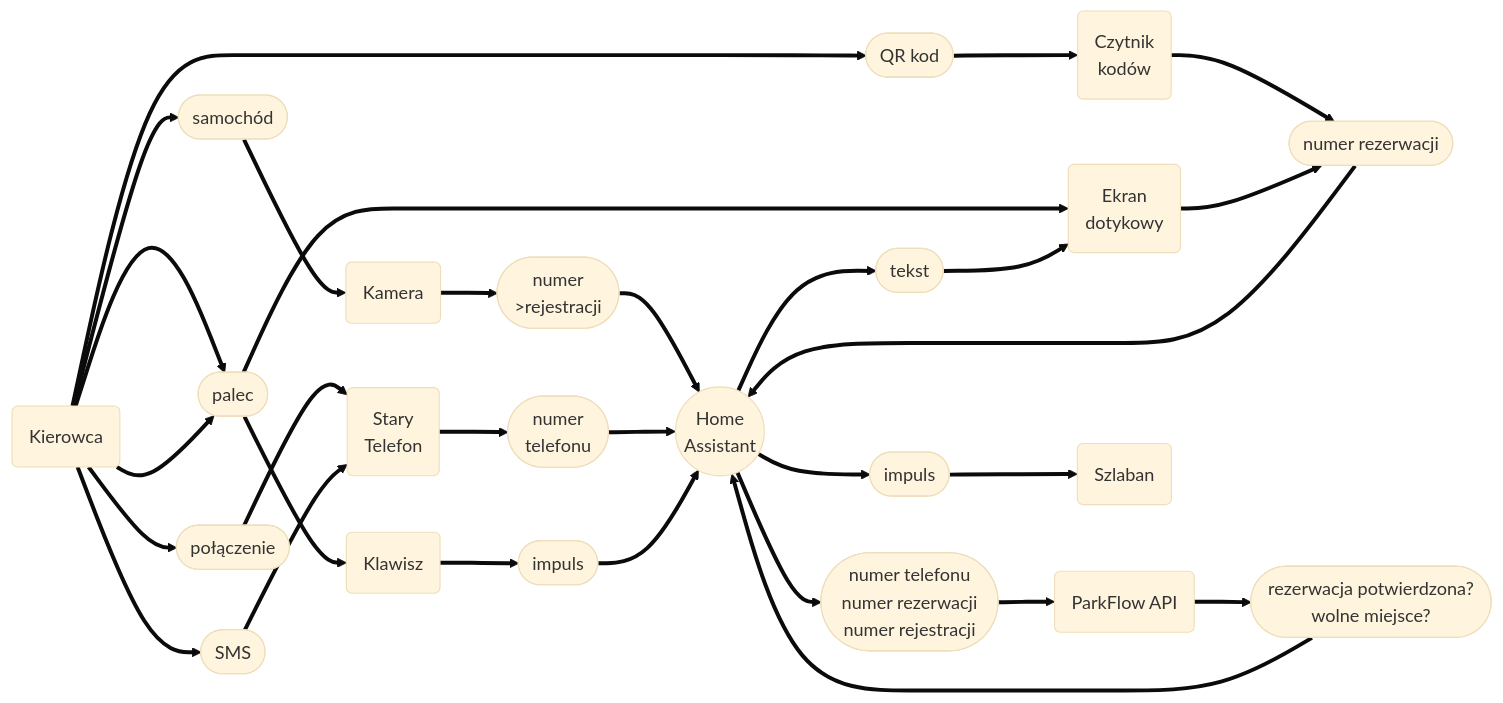
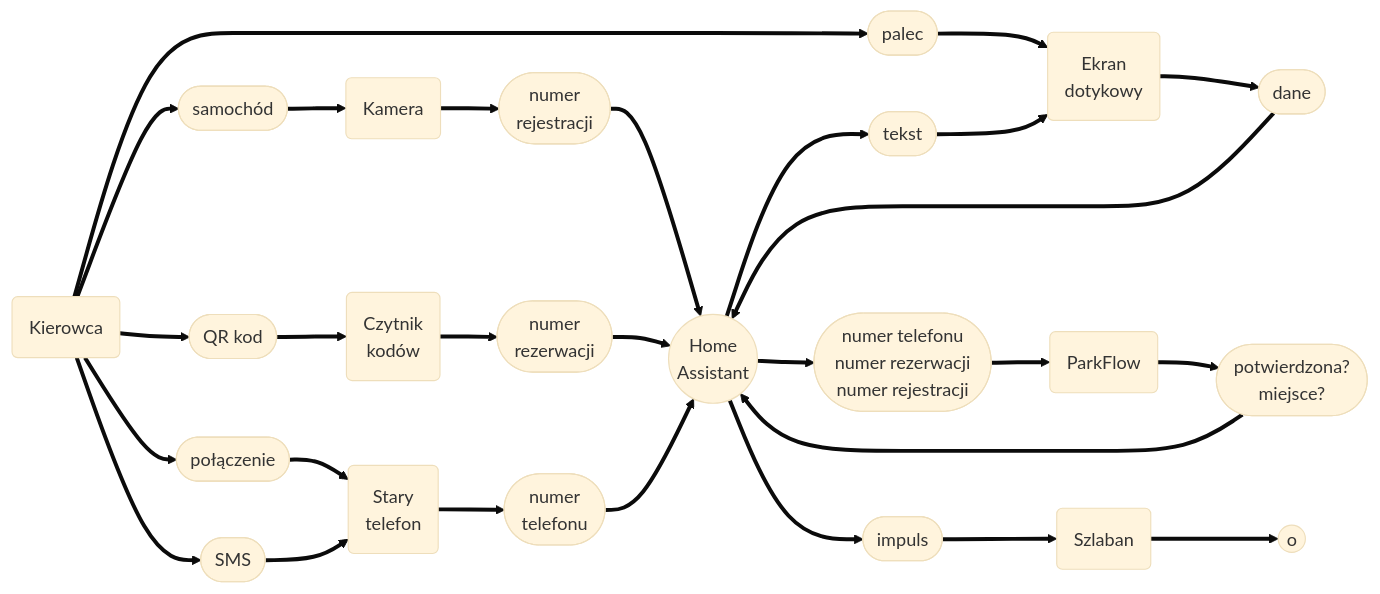
The first of 2 diagrams in README.md (gaman-pl/park-pal), drawn with Mermaid (base theme) before and after one commit. The commit also changed other lines of this file, not shown here.

````diff
--- a/README.md
+++ b/README.md
@@ -19,18 +19,21 @@
 ```mermaid
 flowchart LR
     actor(Kierowca) ==> eCar([samochód]) ==> iCam(Kamera)
+    iCam ==> ePlate([numer<br />rejestracji]) ==> HA((Home<br />Assistant))
+    
     actor ==> eCode([QR kod]) ==> iQR(Czytnik<br />kodów)
+    iQR ==> eID([numer<br />rezerwacji]) ==> HA
+    
     actor ==> eFinger([palec]) ==> iTS(Ekran<br />dotykowy)
-    actor ==> eFinger ==> iBP(Klawisz)
-    actor ==> ePhone([połączenie]) ==> iPH(Komórka)
-    actor ==> eMess([SMS]) ==> iPH(Stary<br />Telefon)
-    iCam ==> ePlate([numer<br />>rejestracji]) ==> HA((Home<br />Assistant))
-    iQR ==> eID([numer rezerwacji]) ==> HA
-    iTS ==> eID
     HA ==> eReq([tekst]) ==> iTS
+    iTS ==> eText([dane]) ==> HA
+    
+    actor ==> ePhone([połączenie]) ==> iPH(Stary<br />telefon)
+    actor ==> eMess([SMS]) ==> iPH
     iPH ==> ePN([numer<br />telefonu]) ==> HA
-    iBP ==> eTrig1([impuls]) ==> HA
-    HA ==> eDS([numer telefonu<br />numer rezerwacji<br />numer rejestracji]) ==> apiPF(ParkFlow API)
-    apiPF ==> eRS([rezerwacja potwierdzona?<br />wolne miejsce?]) ==> HA
-    HA ==> eTrig2([impuls]) ==> G(Szlaban)
+    
+    HA ==> eDS([numer telefonu<br />numer rezerwacji<br />numer rejestracji]) ==> apiPF(ParkFlow)
+    apiPF ==> eRS([potwierdzona?<br />miejsce?]) ==> HA
+    
+    HA ==> eTrig2([impuls]) ==> G(Szlaban) ==> End((o))
 ```
````
